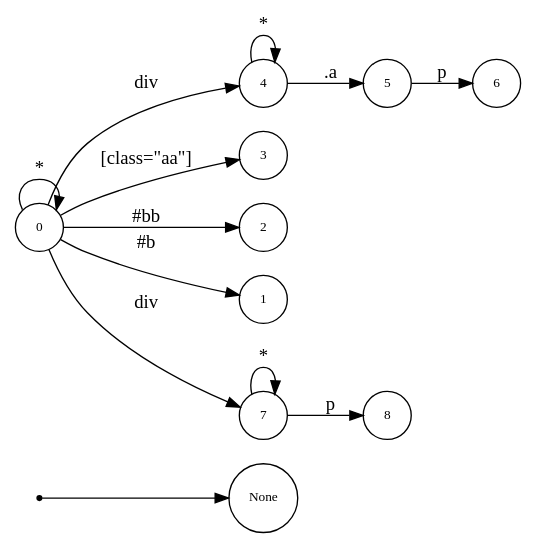
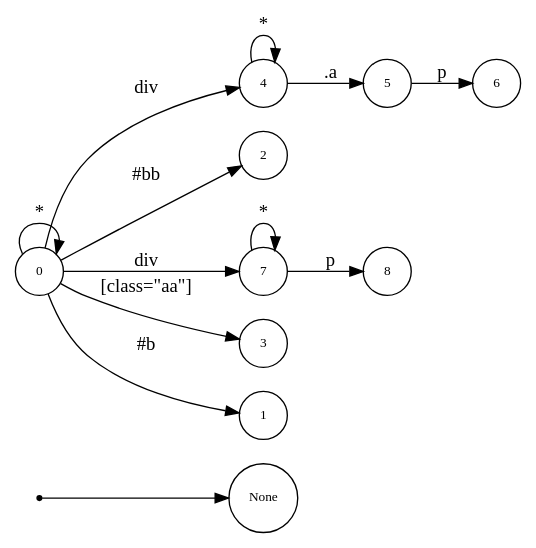
Before and after one commit to asukaminato0721/css-bitvector-compiler: the diagram in css-gen-op/testcase/dot_quad.dot, drawn with Graphviz. The commit also changed other lines of this file and 37 other files, not shown here.

```diff
--- a/css-gen-op/testcase/dot_quad.dot
+++ b/css-gen-op/testcase/dot_quad.dot
@@ -1,27 +1,27 @@
 digraph NFA {
   rankdir=LR;
   node [shape=circle, fontsize=10];
   __start [shape=point, label=""];
   __start -> None;
+  8 [label="8"];
+  4 [label="4"];
+  6 [label="6"];
   0 [label="0"];
-  6 [label="6"];
-  4 [label="4"];
+  2 [label="2"];
+  7 [label="7"];
   3 [label="3"];
-  2 [label="2"];
   5 [label="5"];
   1 [label="1"];
-  8 [label="8"];
-  7 [label="7"];
   { node [shape=doublecircle]; 1 2 3 6 8 }
   0 -> 0 [label="*"];
   0 -> 1 [label="#b"];
   0 -> 2 [label="#bb"];
   0 -> 3 [label="[class=\"aa\"]"];
   0 -> 4 [label="div"];
   4 -> 4 [label="*"];
   4 -> 5 [label=".a"];
   5 -> 6 [label="p"];
   0 -> 7 [label="div"];
   7 -> 7 [label="*"];
   7 -> 8 [label="p"];
 }
```
